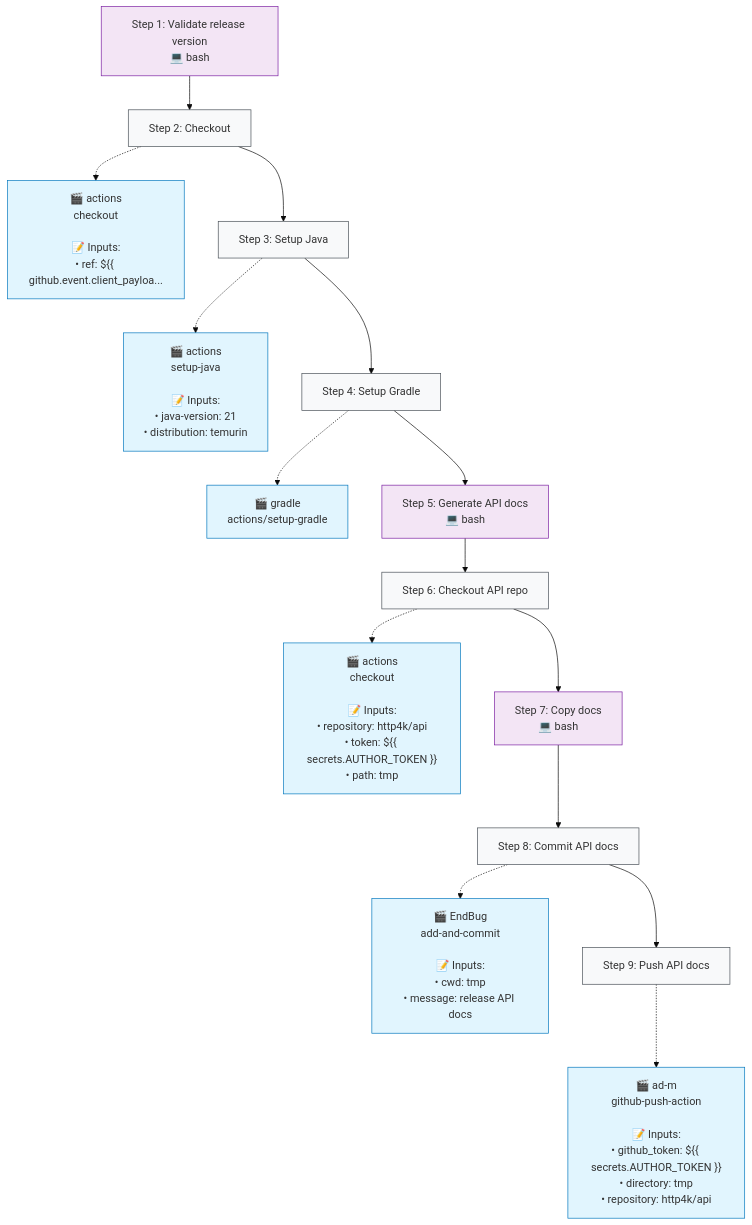
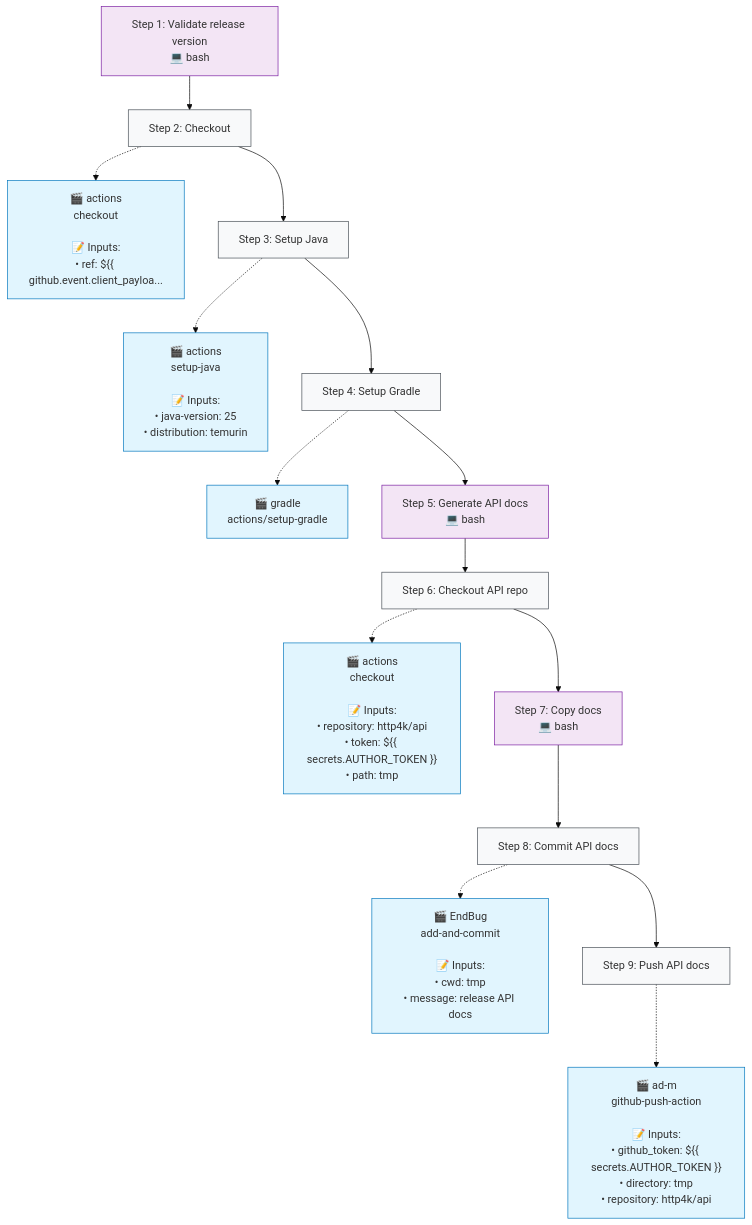
One commit to http4k/http4k changed the second of 2 diagrams in .github/typeflows/release-api/README.md. Above: the diagram before and after it, drawn with Mermaid (base theme). The commit also changed 29 other files, not shown here.

````diff
--- a/.github/typeflows/release-api/README.md
+++ b/.github/typeflows/release-api/README.md
@@ -24,48 +24,48 @@
 ```mermaid
 %%{init: {"flowchart": {"curve": "basis"}}}%%
 flowchart TD
     step1["Step 1: Validate release version<br/>💻 bash"]
     style step1 fill:#f3e5f5,stroke:#7b1fa2
     step2["Step 2: Checkout"]
     style step2 fill:#f8f9fa,stroke:#495057
     action2["🎬 actions<br/>checkout<br/><br/>📝 Inputs:<br/>• ref: ${{ github.event.client_payloa..."]
     style action2 fill:#e1f5fe,stroke:#0277bd
     step2 -.-> action2
     step1 --> step2
     step3["Step 3: Setup Java"]
     style step3 fill:#f8f9fa,stroke:#495057
-    action3["🎬 actions<br/>setup-java<br/><br/>📝 Inputs:<br/>• java-version: 21<br/>• distribution: temurin"]
+    action3["🎬 actions<br/>setup-java<br/><br/>📝 Inputs:<br/>• java-version: 25<br/>• distribution: temurin"]
     style action3 fill:#e1f5fe,stroke:#0277bd
     step3 -.-> action3
     step2 --> step3
     step4["Step 4: Setup Gradle"]
     style step4 fill:#f8f9fa,stroke:#495057
     action4["🎬 gradle<br/>actions/setup-gradle"]
     style action4 fill:#e1f5fe,stroke:#0277bd
     step4 -.-> action4
     step3 --> step4
     step5["Step 5: Generate API docs<br/>💻 bash"]
     style step5 fill:#f3e5f5,stroke:#7b1fa2
     step4 --> step5
     step6["Step 6: Checkout API repo"]
     style step6 fill:#f8f9fa,stroke:#495057
     action6["🎬 actions<br/>checkout<br/><br/>📝 Inputs:<br/>• repository: http4k/api<br/>• token: ${{ secrets.AUTHOR_TOKEN }}<br/>• path: tmp"]
     style action6 fill:#e1f5fe,stroke:#0277bd
     step6 -.-> action6
     step5 --> step6
     step7["Step 7: Copy docs<br/>💻 bash"]
     style step7 fill:#f3e5f5,stroke:#7b1fa2
     step6 --> step7
     step8["Step 8: Commit API docs"]
     style step8 fill:#f8f9fa,stroke:#495057
     action8["🎬 EndBug<br/>add-and-commit<br/><br/>📝 Inputs:<br/>• cwd: tmp<br/>• message: release API docs"]
     style action8 fill:#e1f5fe,stroke:#0277bd
     step8 -.-> action8
     step7 --> step8
     step9["Step 9: Push API docs"]
     style step9 fill:#f8f9fa,stroke:#495057
     action9["🎬 ad-m<br/>github-push-action<br/><br/>📝 Inputs:<br/>• github_token: ${{ secrets.AUTHOR_TOKEN }}<br/>• directory: tmp<br/>• repository: http4k/api"]
     style action9 fill:#e1f5fe,stroke:#0277bd
     step9 -.-> action9
     step8 --> step9
 ```
````
